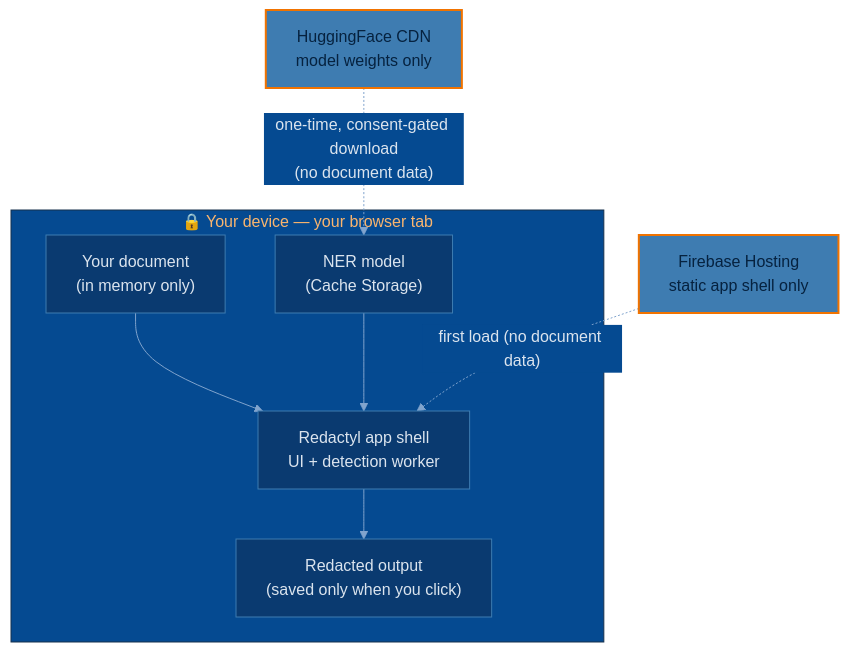
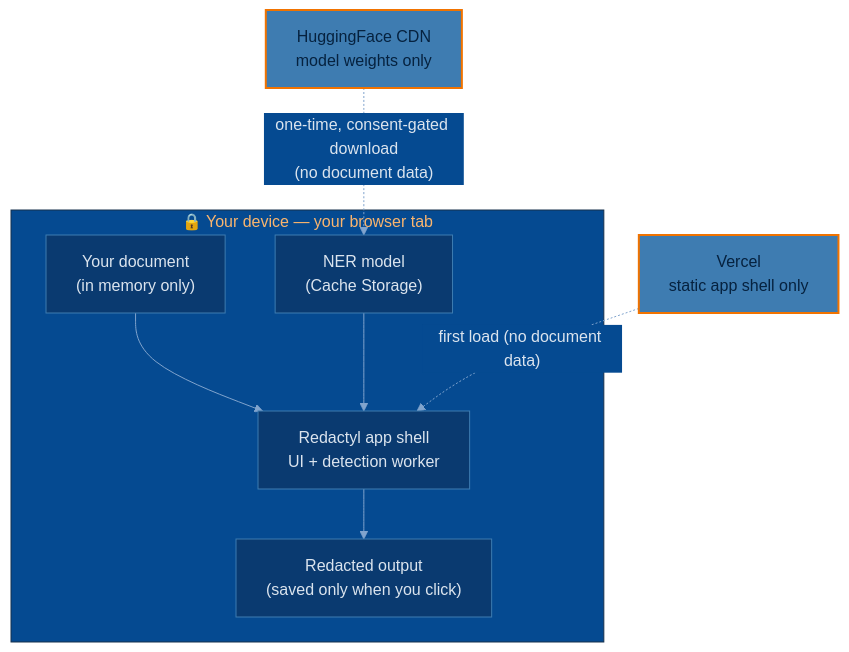
One commit to jamesgarner-me/redactyl changed the first of 3 diagrams in README.md. Above: the diagram before and after it, drawn with Mermaid. The commit also changed other lines of this file, not shown here.

First line of the commit message:
Fix stale Firebase references in README

````diff
--- a/README.md
+++ b/README.md
@@ -75,22 +75,22 @@
 ```mermaid
 %%{init: {'theme':'base','themeVariables':{'background':'#06223f','primaryColor':'#0a3a70','primaryTextColor':'#dbe4ee','primaryBorderColor':'#3e7cb1','lineColor':'#81a4cd','secondaryColor':'#054a91','tertiaryColor':'#054a91','fontFamily':'Inter, system-ui, sans-serif'}}}%%
 flowchart TD
     subgraph device["🔒 Your device — your browser tab"]
         doc["Your document<br/>(in memory only)"]
         app["Redactyl app shell<br/>UI + detection worker"]
         model["NER model<br/>(Cache Storage)"]
         out["Redacted output<br/>(saved only when you click)"]
         doc --> app
         model --> app
         app --> out
     end
 
-    fb["Firebase Hosting<br/>static app shell only"]
+    fb["Vercel<br/>static app shell only"]
     hf["HuggingFace CDN<br/>model weights only"]
 
     fb -. "first load (no document data)" .-> app
     hf -. "one-time, consent-gated download<br/>(no document data)" .-> model
 
     class hf,fb external
     classDef external fill:#3e7cb1,stroke:#f17300,color:#06223f,stroke-width:2px;
 ```
````
